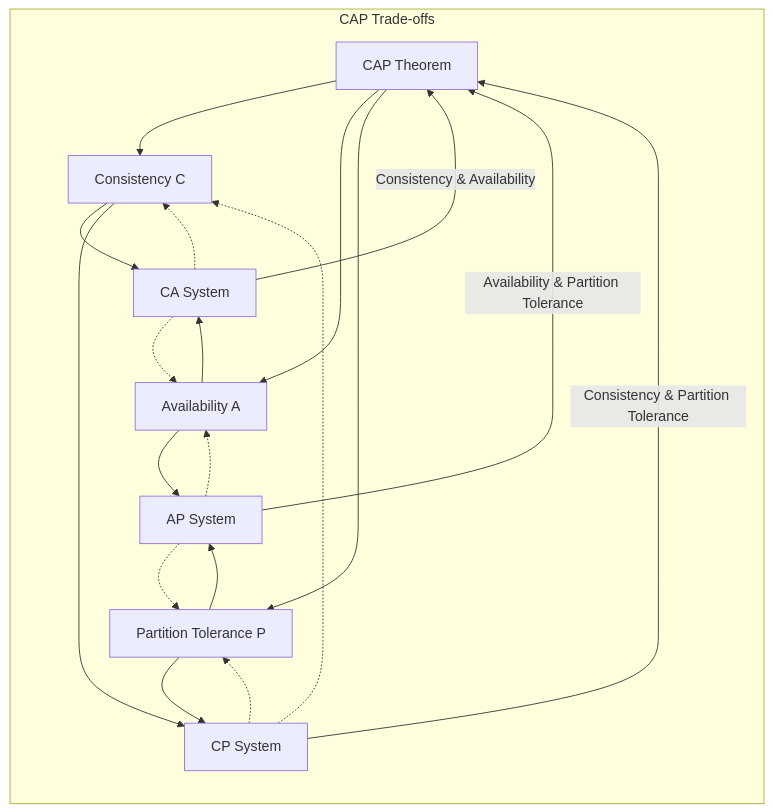
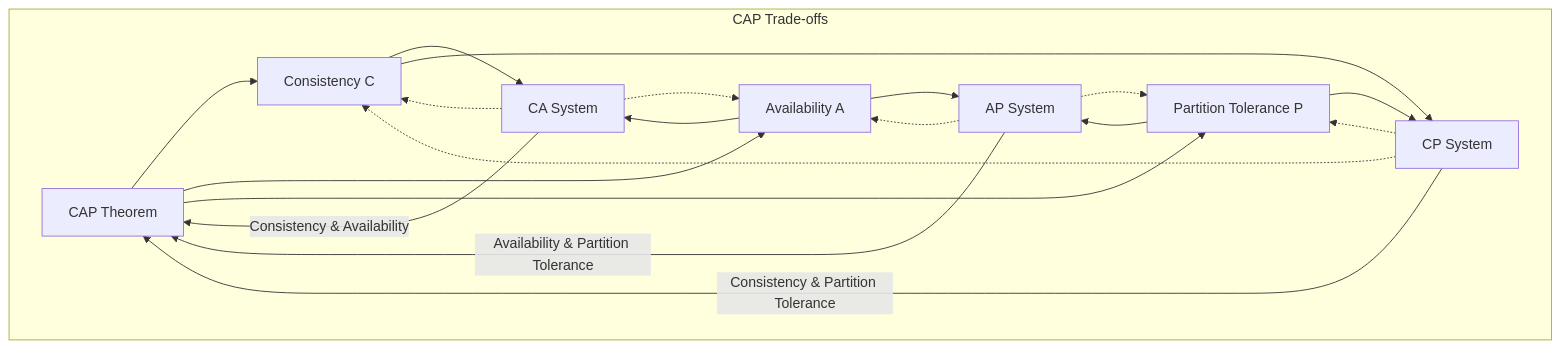
Before and after one commit to uwspstar/From-Zero-to-Hero: the diagram in System-Design/CAP theorem.md, drawn with Mermaid.

Commit message:
Update CAP theorem.md

````diff
--- a/System-Design/CAP theorem.md
+++ b/System-Design/CAP theorem.md
@@ -9,26 +9,26 @@
 ```mermaid
-flowchart TD
+flowchart
     CAP[CAP Theorem] --> Consistency[Consistency C]
     CAP --> Availability[Availability A]
     CAP --> PartitionTolerance[Partition Tolerance P]
 
     subgraph TradeOffs[CAP Trade-offs]
-        direction TD
+        direction LR
         CA[CA System] -->|Consistency & Availability| CAP
         CA -.-> Consistency
         CA -.-> Availability
         CP[CP System] -->|Consistency & Partition Tolerance| CAP
         CP -.-> Consistency
         CP -.-> PartitionTolerance
         AP[AP System] -->|Availability & Partition Tolerance| CAP
         AP -.-> Availability
         AP -.-> PartitionTolerance
     end
 
     Consistency --> CA
     Consistency --> CP
     Availability --> CA
     Availability --> AP
     PartitionTolerance --> CP
     PartitionTolerance --> AP
 ```
````
